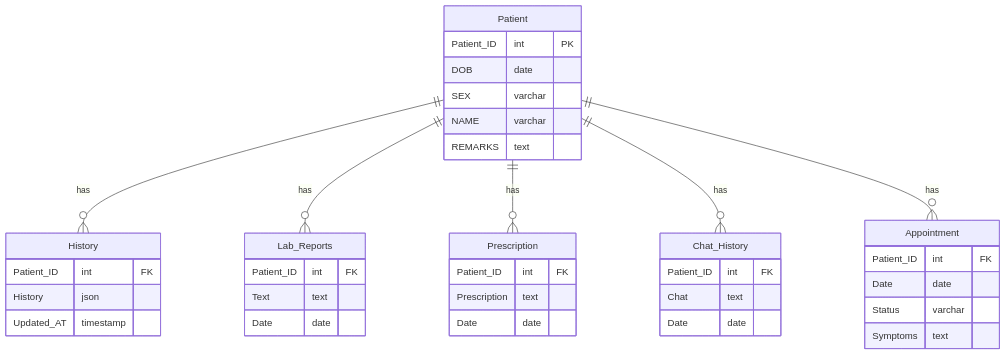
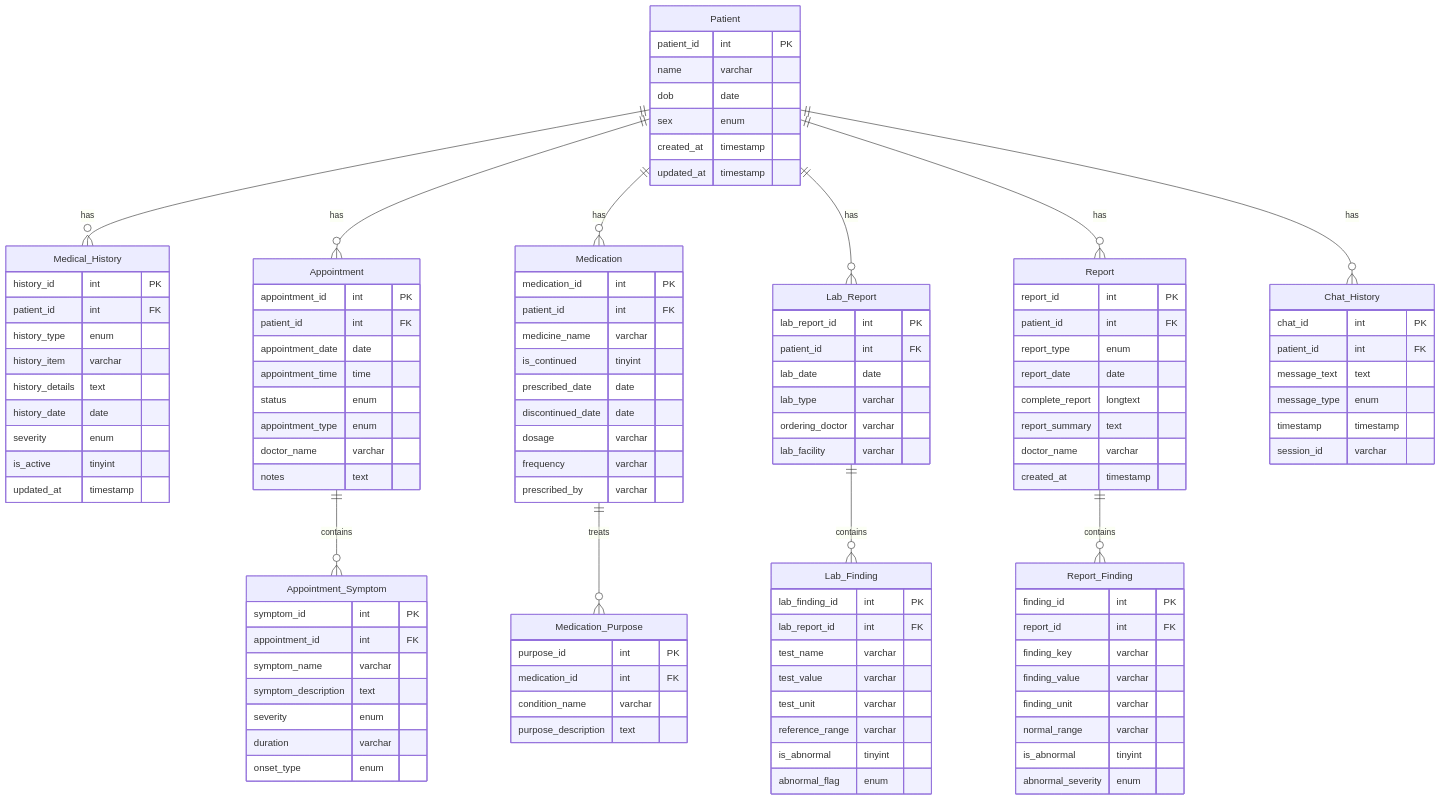
One commit to IAteNoodles/MediMax changed the diagram in Database_Schema_README.md. Above: the diagram before and after it, drawn with Mermaid. The commit also changed other lines of this file, not shown here.

````diff
--- a/Database_Schema_README.md
+++ b/Database_Schema_README.md
@@ -76,47 +192,126 @@
 ```mermaid
 erDiagram
-    Patient ||--o{ History : has
-    Patient ||--o{ Lab_Reports : has
-    Patient ||--o{ Prescription : has
+    Patient ||--o{ Medical_History : has
+    Patient ||--o{ Appointment : has
+    Patient ||--o{ Medication : has
+    Patient ||--o{ Lab_Report : has
+    Patient ||--o{ Report : has
     Patient ||--o{ Chat_History : has
-    Patient ||--o{ Appointment : has
+    
+    Appointment ||--o{ Appointment_Symptom : contains
+    Medication ||--o{ Medication_Purpose : treats
+    Lab_Report ||--o{ Lab_Finding : contains
+    Report ||--o{ Report_Finding : contains
 
     Patient {
-        Patient_ID int PK
-        DOB date
-        SEX varchar
-        NAME varchar
-        REMARKS text
+        patient_id int PK
+        name varchar
+        dob date
+        sex enum
+        created_at timestamp
+        updated_at timestamp
     }
 
-    History {
-        Patient_ID int FK
-        History json
-        Updated_AT timestamp
+    Medical_History {
+        history_id int PK
+        patient_id int FK
+        history_type enum
+        history_item varchar
+        history_details text
+        history_date date
+        severity enum
+        is_active tinyint
+        updated_at timestamp
     }
 
-    Lab_Reports {
-        Patient_ID int FK
-        Text text
-        Date date
+    Appointment {
+        appointment_id int PK
+        patient_id int FK
+        appointment_date date
+        appointment_time time
+        status enum
+        appointment_type enum
+        doctor_name varchar
+        notes text
     }
 
-    Prescription {
-        Patient_ID int FK
-        Prescription text
-        Date date
+    Appointment_Symptom {
+        symptom_id int PK
+        appointment_id int FK
+        symptom_name varchar
+        symptom_description text
+        severity enum
+        duration varchar
+        onset_type enum
+    }
+
+    Medication {
+        medication_id int PK
+        patient_id int FK
+        medicine_name varchar
+        is_continued tinyint
+        prescribed_date date
+        discontinued_date date
+        dosage varchar
+        frequency varchar
+        prescribed_by varchar
+    }
+
+    Medication_Purpose {
+        purpose_id int PK
+        medication_id int FK
+        condition_name varchar
+        purpose_description text
+    }
+
+    Lab_Report {
+        lab_report_id int PK
+        patient_id int FK
+        lab_date date
+        lab_type varchar
+        ordering_doctor varchar
+        lab_facility varchar
+    }
+
+    Lab_Finding {
+        lab_finding_id int PK
+        lab_report_id int FK
+        test_name varchar
+        test_value varchar
+        test_unit varchar
+        reference_range varchar
+        is_abnormal tinyint
+        abnormal_flag enum
+    }
+
+    Report {
+        report_id int PK
+        patient_id int FK
+        report_type enum
+        report_date date
+        complete_report longtext
+        report_summary text
+        doctor_name varchar
+        created_at timestamp
+    }
+
+    Report_Finding {
+        finding_id int PK
+        report_id int FK
+        finding_key varchar
+        finding_value varchar
+        finding_unit varchar
+        normal_range varchar
+        is_abnormal tinyint
+        abnormal_severity enum
     }
 
     Chat_History {
-        Patient_ID int FK
-        Chat text
-        Date date
-    }
-
-    Appointment {
-        Patient_ID int FK
-        Date date
-        Status varchar
-        Symptoms text
+        chat_id int PK
+        patient_id int FK
+        message_text text
+        message_type enum
+        timestamp timestamp
+        session_id varchar
     }
 ```
````
